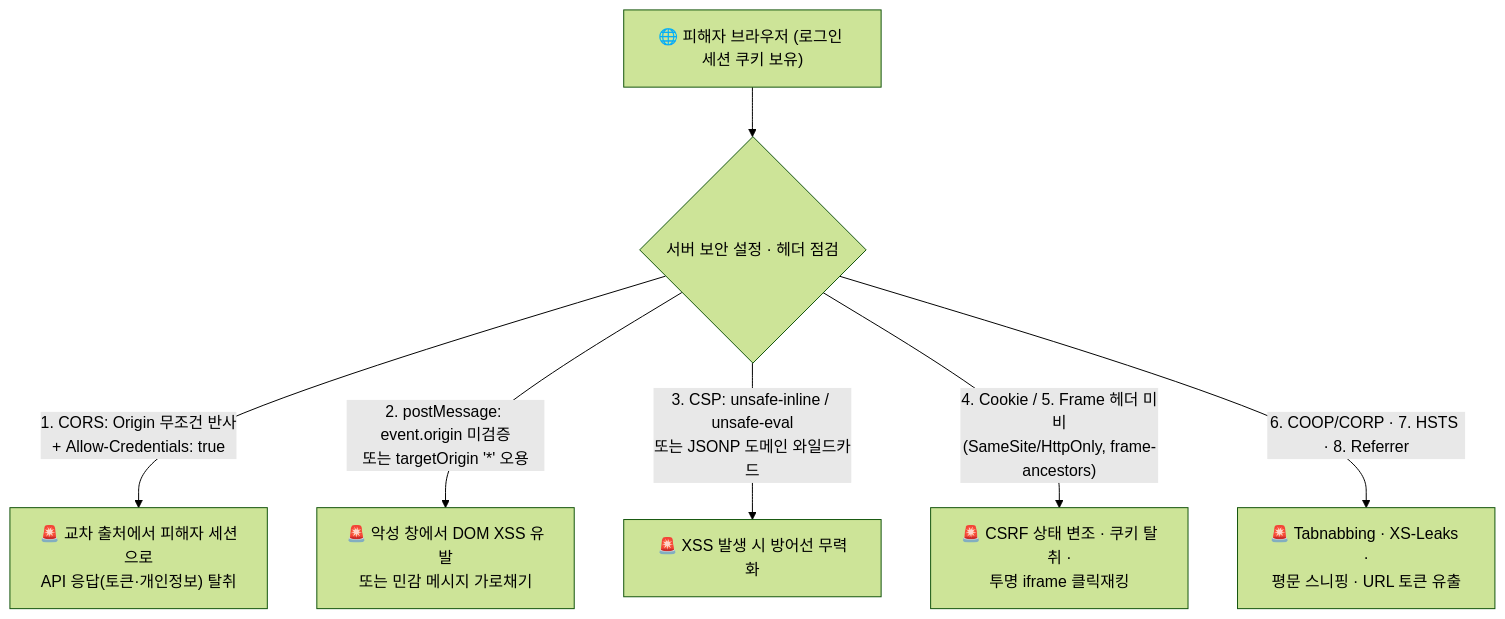
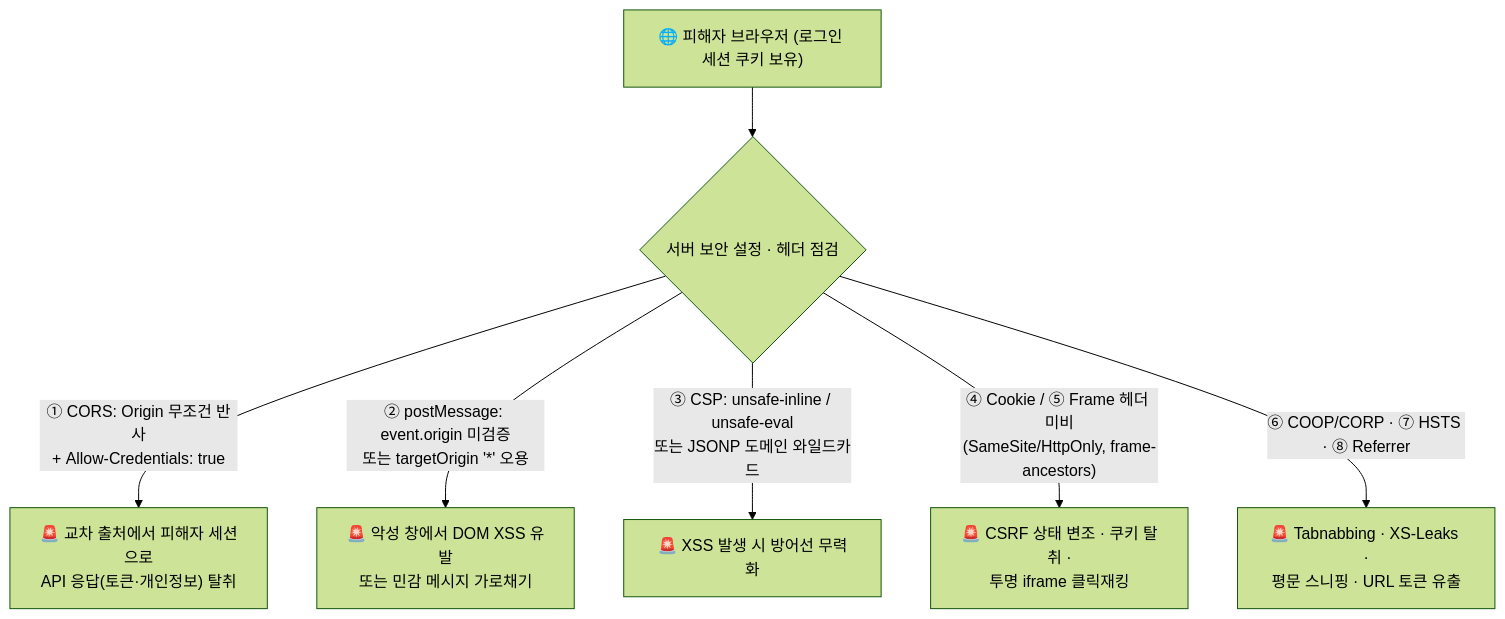
The first of 2 diagrams in content/웹취약점/웹 취약점 진단 설정편 — CORS·SOP부터 후속 공격까지.md (gooyong-sec/gooyong-sec.github.io), drawn with Mermaid (forest theme) before and after one commit. The commit also changed 6 other files, not shown here.

First line of the commit message:
fix: avoid mermaid markdown-list misparse in numbered edge labels

````diff
--- a/content/웹취약점/웹 취약점 진단 설정편 — CORS·SOP부터 후속 공격까지.md
+++ b/content/웹취약점/웹 취약점 진단 설정편 — CORS·SOP부터 후속 공격까지.md
@@ -18,9 +18,9 @@
 ```mermaid
 flowchart TD
     Browser["🌐 피해자 브라우저 (로그인 세션 쿠키 보유)"] --> Check{"서버 보안 설정 · 헤더 점검"}
-    Check -->|"1. CORS: Origin 무조건 반사<br/>+ Allow-Credentials: true"| A1["🚨 교차 출처에서 피해자 세션으로<br/>API 응답(토큰·개인정보) 탈취"]
-    Check -->|"2. postMessage: event.origin 미검증<br/>또는 targetOrigin '*' 오용"| A2["🚨 악성 창에서 DOM XSS 유발<br/>또는 민감 메시지 가로채기"]
-    Check -->|"3. CSP: unsafe-inline / unsafe-eval<br/>또는 JSONP 도메인 와일드카드"| A3["🚨 XSS 발생 시 방어선 무력화"]
-    Check -->|"4. Cookie / 5. Frame 헤더 미비<br/>(SameSite/HttpOnly, frame-ancestors)"| A4["🚨 CSRF 상태 변조 · 쿠키 탈취 ·<br/>투명 iframe 클릭재킹"]
-    Check -->|"6. COOP/CORP · 7. HSTS · 8. Referrer"| A5["🚨 Tabnabbing · XS-Leaks ·<br/>평문 스니핑 · URL 토큰 유출"]
+    Check -->|"① CORS: Origin 무조건 반사<br/>+ Allow-Credentials: true"| A1["🚨 교차 출처에서 피해자 세션으로<br/>API 응답(토큰·개인정보) 탈취"]
+    Check -->|"② postMessage: event.origin 미검증<br/>또는 targetOrigin '*' 오용"| A2["🚨 악성 창에서 DOM XSS 유발<br/>또는 민감 메시지 가로채기"]
+    Check -->|"③ CSP: unsafe-inline / unsafe-eval<br/>또는 JSONP 도메인 와일드카드"| A3["🚨 XSS 발생 시 방어선 무력화"]
+    Check -->|"④ Cookie / ⑤ Frame 헤더 미비<br/>(SameSite/HttpOnly, frame-ancestors)"| A4["🚨 CSRF 상태 변조 · 쿠키 탈취 ·<br/>투명 iframe 클릭재킹"]
+    Check -->|"⑥ COOP/CORP · ⑦ HSTS · ⑧ Referrer"| A5["🚨 Tabnabbing · XS-Leaks ·<br/>평문 스니핑 · URL 토큰 유출"]
 ```
````
